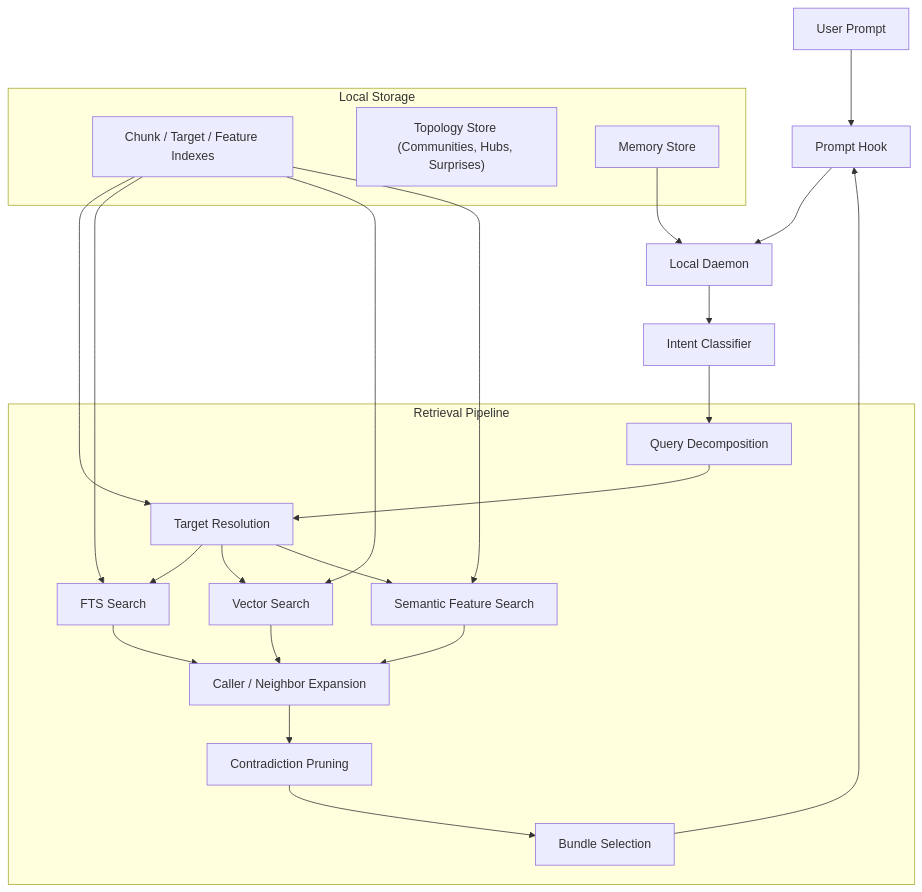
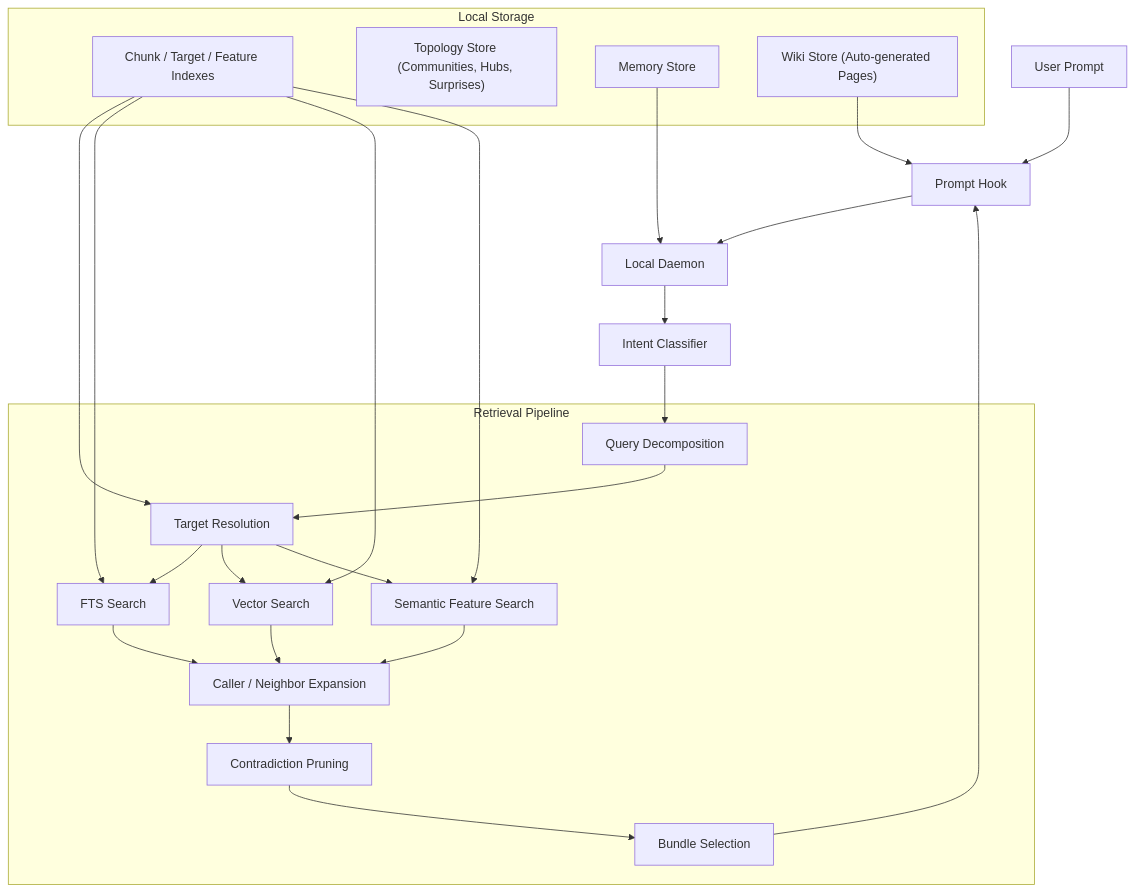
The first of 2 diagrams in README.md (proofofwork-agency/reporecall), drawn with Mermaid before and after one commit. The commit also changed other lines of this file and 22 other files, not shown here.

````diff
--- a/README.md
+++ b/README.md
@@ -120,44 +304,46 @@
 ```mermaid
 flowchart TB
   User["User Prompt"]
   Hook["Prompt Hook"]
   Daemon["Local Daemon"]
   Intent["Intent Classifier"]
 
   subgraph Retrieval["Retrieval Pipeline"]
     Decompose["Query Decomposition"]
     Resolve["Target Resolution"]
     FTS["FTS Search"]
     Vector["Vector Search"]
     Semantic["Semantic Feature Search"]
     Graph["Caller / Neighbor Expansion"]
     Prune["Contradiction Pruning"]
     Select["Bundle Selection"]
   end
 
   subgraph Storage["Local Storage"]
     Index["Chunk / Target / Feature Indexes"]
     Topology["Topology Store (Communities, Hubs, Surprises)"]
     Memory["Memory Store"]
+    Wiki["Wiki Store (Auto-generated Pages)"]
   end
 
   User --> Hook
   Hook --> Daemon
   Daemon --> Intent
   Intent --> Decompose
   Decompose --> Resolve
   Resolve --> FTS
   Resolve --> Vector
   Resolve --> Semantic
   FTS --> Graph
   Vector --> Graph
   Semantic --> Graph
   Graph --> Prune
   Prune --> Select
   Select --> Hook
   Index --> Resolve
   Index --> FTS
   Index --> Vector
   Index --> Semantic
   Memory --> Daemon
+  Wiki --> Hook
 ```
````
